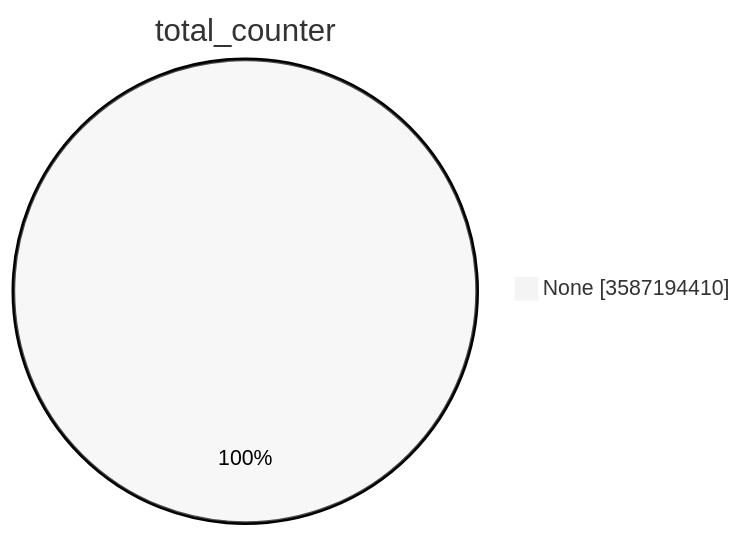
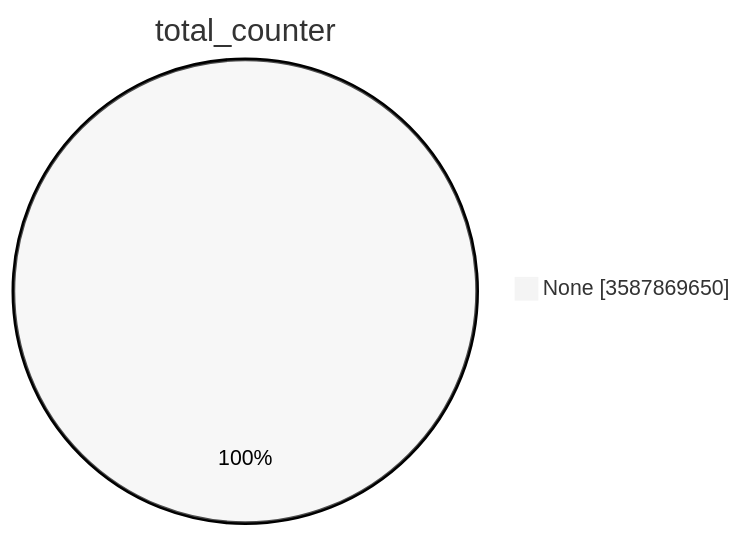
The first of 15 diagrams in TOTAL/README.md (christiankrug/ctmonitor_visualization), drawn with Mermaid (neutral theme) before and after one commit. The commit also changed other lines of this file, not shown here.

````diff
--- a/TOTAL/README.md
+++ b/TOTAL/README.md
@@ -1,5 +1,5 @@
 ```mermaid
 pie showData
 title total_counter
-"None" :3587194410
+"None" :3587869650
 ```
````
